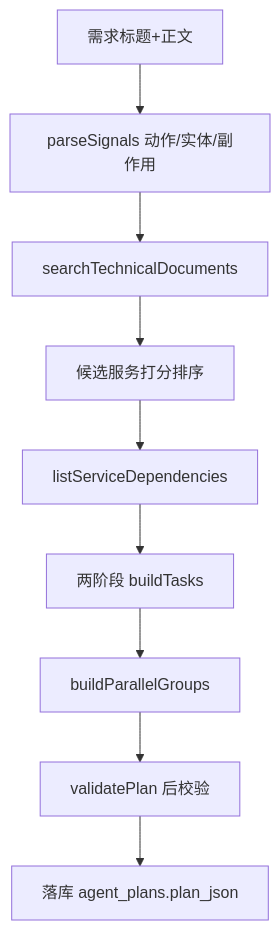
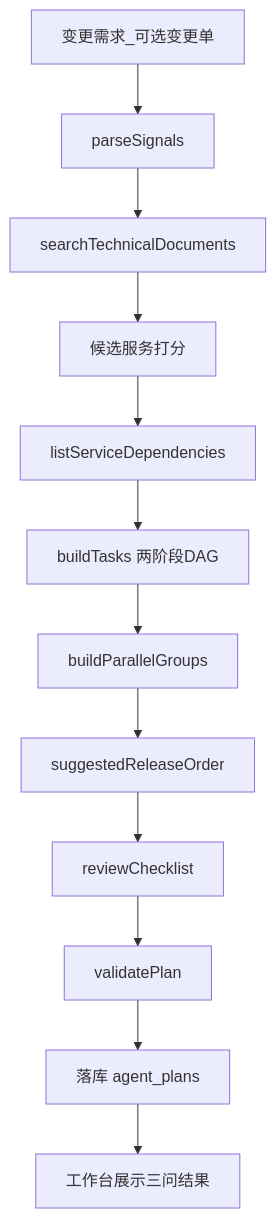
Before and after one commit to farhub-wq/AI-: the third of 4 diagrams in docs/AI架构设计.md, drawn with Mermaid. The commit also changed other lines of this file and 17 other files, not shown here.

````diff
--- a/docs/AI架构设计.md
+++ b/docs/AI架构设计.md
@@ -118,11 +121,14 @@
 ```mermaid
 flowchart TD
-    A[需求标题+正文] --> B[parseSignals 动作/实体/副作用]
+    A[变更需求_可选变更单] --> B[parseSignals]
     B --> C[searchTechnicalDocuments]
-    C --> D[候选服务打分排序]
+    C --> D[候选服务打分]
     D --> E[listServiceDependencies]
-    E --> F[两阶段 buildTasks]
+    E --> F[buildTasks 两阶段DAG]
     F --> G[buildParallelGroups]
-    G --> H[validatePlan 后校验]
-    H --> I[落库 agent_plans.plan_json]
+    G --> H[suggestedReleaseOrder]
+    H --> I[reviewChecklist]
+    I --> J[validatePlan]
+    J --> K[落库 agent_plans]
+    K --> L[工作台展示三问结果]
 ```
````
